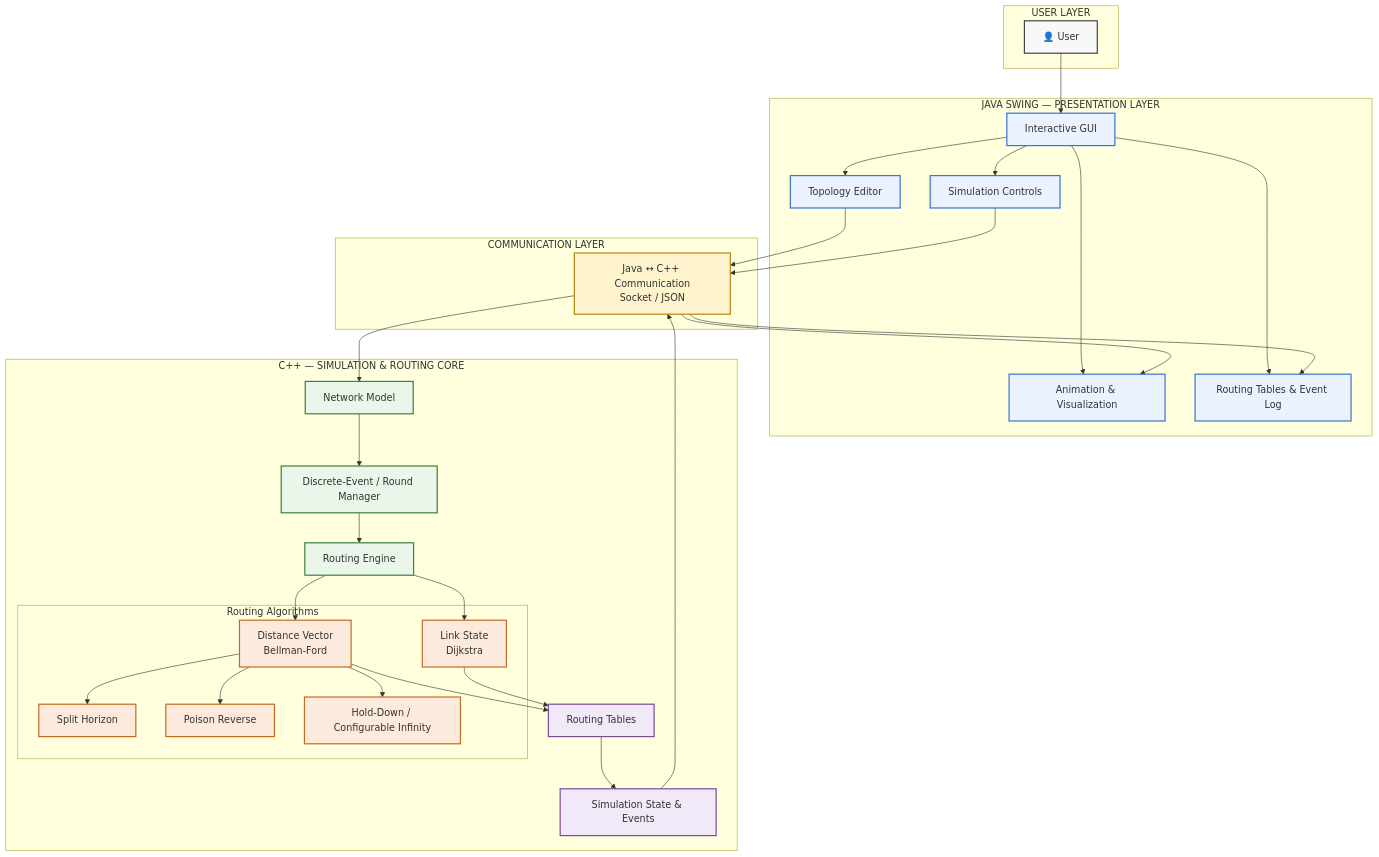
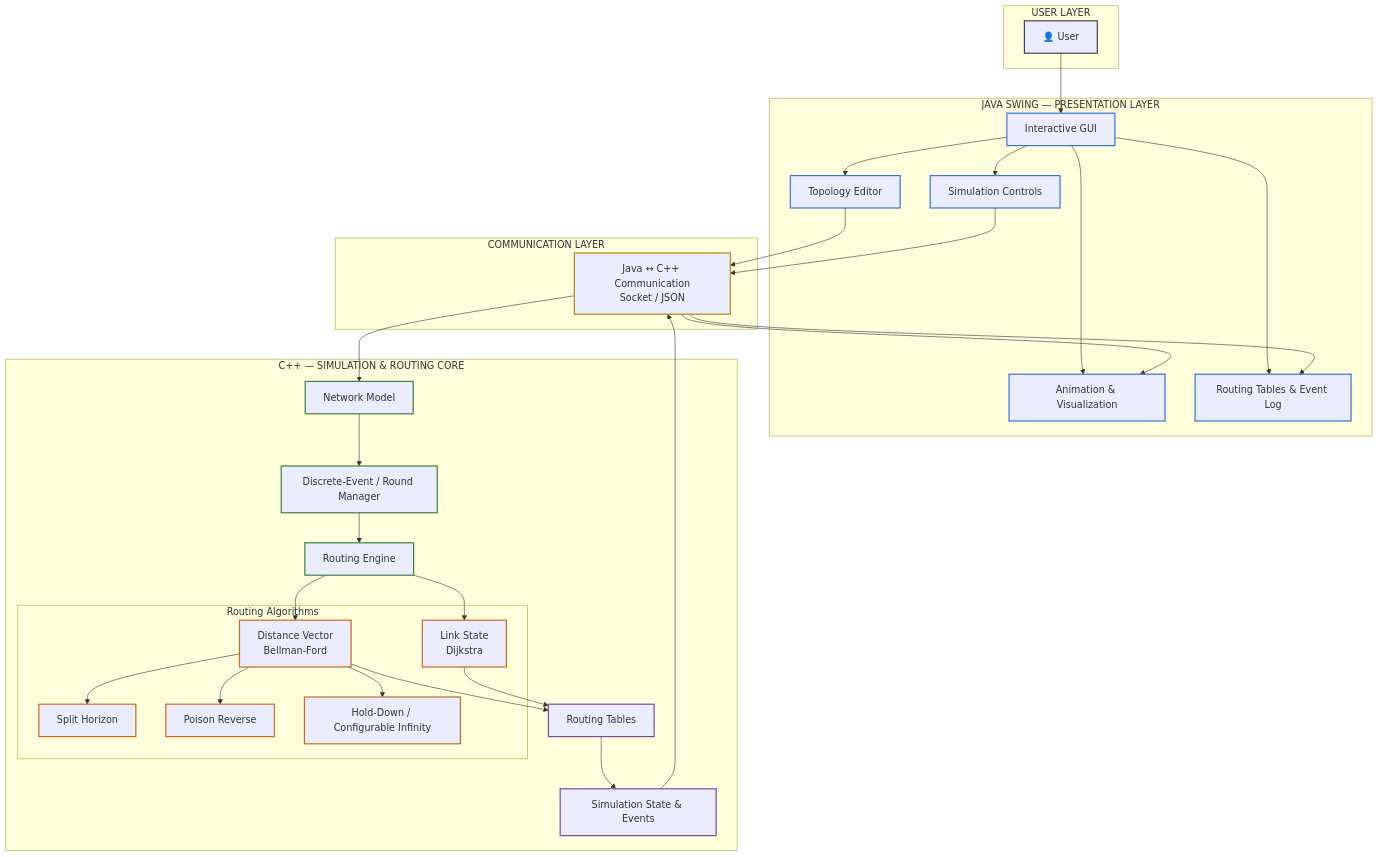
One commit to tofazzol230/SPL-1 changed the second of 2 diagrams in docs/project_structure.md. Above: the diagram before and after it, drawn with Mermaid. The commit also changed other lines of this file, not shown here.

Commit message:
Add project structure documentation2

````diff
--- a/docs/project_structure.md
+++ b/docs/project_structure.md
@@ -108,74 +108,74 @@
 ```mermaid
 flowchart TB
 
     subgraph USER_LAYER["USER LAYER"]
         U["👤 User"]
     end
 
     subgraph GUI_LAYER["JAVA SWING — PRESENTATION LAYER"]
         GUI["Interactive GUI"]
         TOPO["Topology Editor"]
         CTRL["Simulation Controls"]
         ANIM["Animation & Visualization"]
         TABLE["Routing Tables & Event Log"]
         
         GUI --> TOPO
         GUI --> CTRL
         GUI --> ANIM
         GUI --> TABLE
     end
 
     subgraph COMM_LAYER["COMMUNICATION LAYER"]
         IPC["Java ↔ C++ Communication<br/>Socket / JSON"]
     end
 
     subgraph CPP_LAYER["C++ — SIMULATION & ROUTING CORE"]
         NET["Network Model"]
         EVENT["Discrete-Event / Round Manager"]
         ROUTING["Routing Engine"]
 
         subgraph ALGO["Routing Algorithms"]
             DV["Distance Vector<br/>Bellman-Ford"]
             SH["Split Horizon"]
             PR["Poison Reverse"]
             HD["Hold-Down / Configurable Infinity"]
             LS["Link State<br/>Dijkstra"]
         end
 
         RT["Routing Tables"]
         STATE["Simulation State & Events"]
 
         NET --> EVENT
         EVENT --> ROUTING
         ROUTING --> DV
         ROUTING --> LS
         DV --> SH
         DV --> PR
         DV --> HD
         DV --> RT
         LS --> RT
         RT --> STATE
     end
 
     U --> GUI
     TOPO --> IPC
     CTRL --> IPC
     IPC --> NET
     STATE --> IPC
     IPC --> ANIM
     IPC --> TABLE
 
-    classDef user fill:#f8f8f8,stroke:#444,stroke-width:2px;
-    classDef gui fill:#eaf2ff,stroke:#3b73d1,stroke-width:2px;
-    classDef comm fill:#fff3cd,stroke:#b8860b,stroke-width:2px;
-    classDef cpp fill:#eaf6ea,stroke:#3f7f3f,stroke-width:2px;
-    classDef algo fill:#fcebdc,stroke:#c46b20,stroke-width:2px;
-    classDef state fill:#f1e8f8,stroke:#7b4b9a,stroke-width:2px;
+    classDef user fill:#0,stroke:#444,stroke-width:2px;
+    classDef gui fill:#0,stroke:#3b73d1,stroke-width:2px;
+    classDef comm fill:#0,stroke:#b8860b,stroke-width:2px;
+    classDef cpp fill:#0,stroke:#3f7f3f,stroke-width:2px;
+    classDef algo fill:#0,stroke:#c46b20,stroke-width:2px;
+    classDef state fill:#0,stroke:#7b4b9a,stroke-width:2px;
 
     class U user;
     class GUI,TOPO,CTRL,ANIM,TABLE gui;
     class IPC comm;
     class NET,EVENT,ROUTING cpp;
     class DV,SH,PR,HD,LS algo;
     class RT,STATE state;
 ```
````
